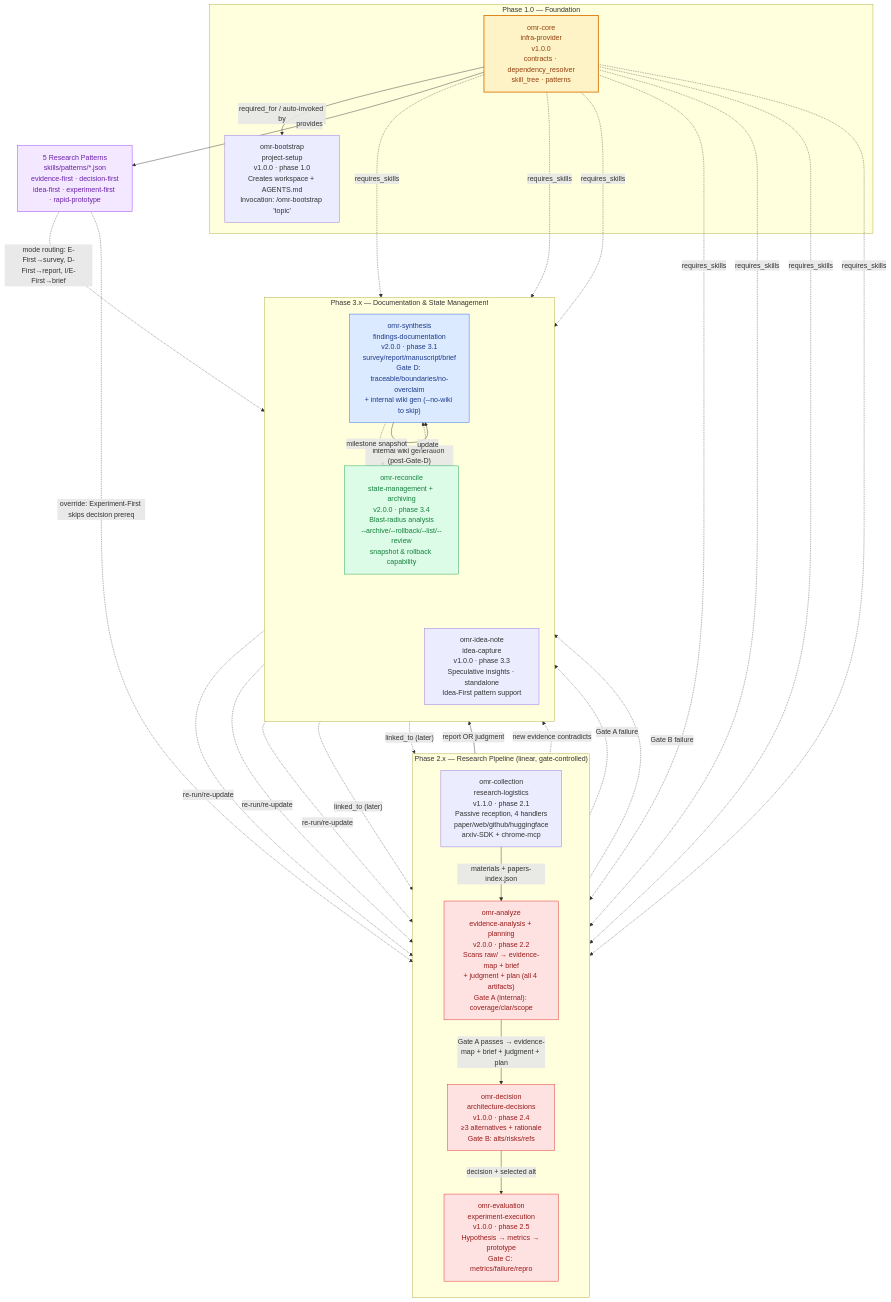
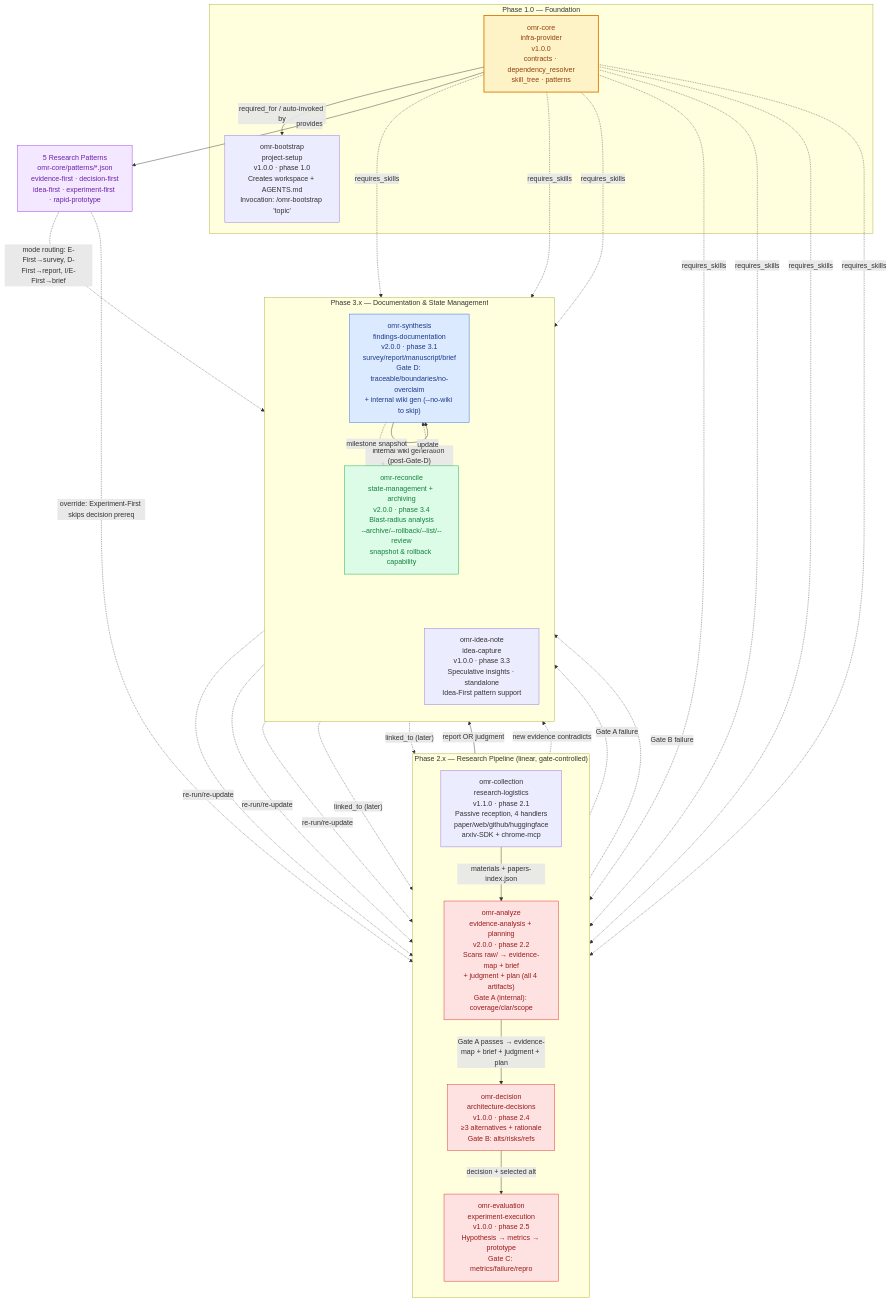
The diagram in docs/omr-skills-flowchart.md (OMNILab/omni-research), drawn with Mermaid before and after one commit. The commit also changed other lines of this file and 27 other files, not shown here.

````diff
--- a/docs/omr-skills-flowchart.md
+++ b/docs/omr-skills-flowchart.md
@@ -11,81 +11,81 @@
 ```mermaid
 flowchart TD
     %% ===== Phase 1.0: Foundation =====
     subgraph P1["Phase 1.0 — Foundation"]
         CORE["omr-core<br/>infra-provider<br/>v1.0.0<br/>contracts · dependency_resolver<br/>skill_tree · patterns"]
         BOOT["omr-bootstrap<br/>project-setup<br/>v1.0.0 · phase 1.0<br/>Creates workspace + AGENTS.md<br/>Invocation: /omr-bootstrap 'topic'"]
         CORE -- "required_for / auto-invoked by" --> BOOT
     end
 
     %% ===== Phase 2.x: Research Pipeline =====
     subgraph P2["Phase 2.x — Research Pipeline (linear, gate-controlled)"]
         direction TB
         COL["omr-collection<br/>research-logistics<br/>v1.1.0 · phase 2.1<br/>Passive reception, 4 handlers<br/>paper/web/github/huggingface<br/>arxiv-SDK + chrome-mcp"]
         ANA["omr-analyze<br/>evidence-analysis + planning<br/>v2.0.0 · phase 2.2<br/>Scans raw/ → evidence-map + brief<br/>+ judgment + plan (all 4 artifacts)<br/>Gate A (internal): coverage/clar/scope"]
         DEC["omr-decision<br/>architecture-decisions<br/>v1.0.0 · phase 2.4<br/>≥3 alternatives + rationale<br/>Gate B: alts/risks/refs"]
         EVAL["omr-evaluation<br/>experiment-execution<br/>v1.0.0 · phase 2.5<br/>Hypothesis → metrics → prototype<br/>Gate C: metrics/failure/repro"]
 
         COL -->|"materials + papers-index.json"| ANA
         ANA -->|"Gate A passes → evidence-map + brief + judgment + plan"| DEC
         DEC -->|"decision + selected alt"| EVAL
     end
 
     %% Core infrastructure required by all Phase 2 skills
     CORE -.->|requires_skills| COL
     CORE -.->|requires_skills| ANA
     CORE -.->|requires_skills| DEC
     CORE -.->|requires_skills| EVAL
 
     %% ===== Phase 3.x: Documentation & State Management =====
     subgraph P3["Phase 3.x — Documentation & State Management"]
         direction TB
         SYN["omr-synthesis<br/>findings-documentation<br/>v2.0.0 · phase 3.1<br/>survey/report/manuscript/brief<br/>Gate D: traceable/boundaries/no-overclaim<br/>+ internal wiki gen (--no-wiki to skip)"]
         IDEA["omr-idea-note<br/>idea-capture<br/>v1.0.0 · phase 3.3<br/>Speculative insights · standalone<br/>Idea-First pattern support"]
         REC["omr-reconcile<br/>state-management + archiving<br/>v2.0.0 · phase 3.4<br/>Blast-radius analysis<br/>--archive/--rollback/--list/--review<br/>snapshot & rollback capability"]
     end
 
     %% Core infra required by Phase 3 skills
     CORE -.->|requires_skills| SYN
     CORE -.->|requires_skills| IDEA
     CORE -.->|requires_skills| REC
 
     %% Phase 2 → Phase 3 forward edges
     EVAL -->|"report OR judgment"| SYN
     SYN -->|"internal wiki generation (post-Gate-D)"| SYN
 
     %% ===== Cross-cutting triggers / loops =====
     %% Reconcile is triggered by new evidence or gate failures
     COL -.->|"new evidence contradicts"| REC
     ANA -.->|"Gate A failure"| REC
     DEC -.->|"Gate B failure"| REC
     REC -.->|"re-run/re-update"| ANA
     REC -.->|"re-run/re-update"| DEC
     REC -.->|"re-run/re-update"| EVAL
     REC -.->|"update"| SYN
 
     %% Archive triggers (internal to reconcile): during reconcile / pre-Gate D / post-publish
     SYN -.->|"milestone snapshot"| REC
 
     %% Idea-note is available anytime; can feed back into decisions/experiments
     IDEA -.->|"linked_to (later)"| DEC
     IDEA -.->|"linked_to (later)"| EVAL
 
     %% ===== Pattern system (shared, optional flow control) =====
-    PAT["5 Research Patterns<br/>skills/patterns/*.json<br/>evidence-first · decision-first<br/>idea-first · experiment-first · rapid-prototype"]
+    PAT["5 Research Patterns<br/>omr-core/patterns/*.json<br/>evidence-first · decision-first<br/>idea-first · experiment-first · rapid-prototype"]
     CORE -- "provides" --> PAT
     PAT -.->|"override: Experiment-First skips decision prereq"| EVAL
     PAT -.->|"mode routing: E-First→survey, D-First→report, I/E-First→brief"| SYN
 
     %% Styling
     classDef core fill:#fef3c7,stroke:#d97706,stroke-width:2px,color:#92400e;
     classDef gate fill:#fee2e2,stroke:#dc2626,stroke-width:1px,color:#991b1b;
     classDef doc fill:#dbeafe,stroke:#2563eb,stroke-width:1px,color:#1e3a8a;
     classDef state fill:#dcfce7,stroke:#16a34a,stroke-width:1px,color:#15803d;
     classDef pattern fill:#f3e8ff,stroke:#9333ea,stroke-width:1px,color:#6b21a8;
 
     class CORE core;
     class ANA,DEC,EVAL,SYN gate;
     class SYN doc;
     class REC state;
     class PAT pattern;
 ```
````
